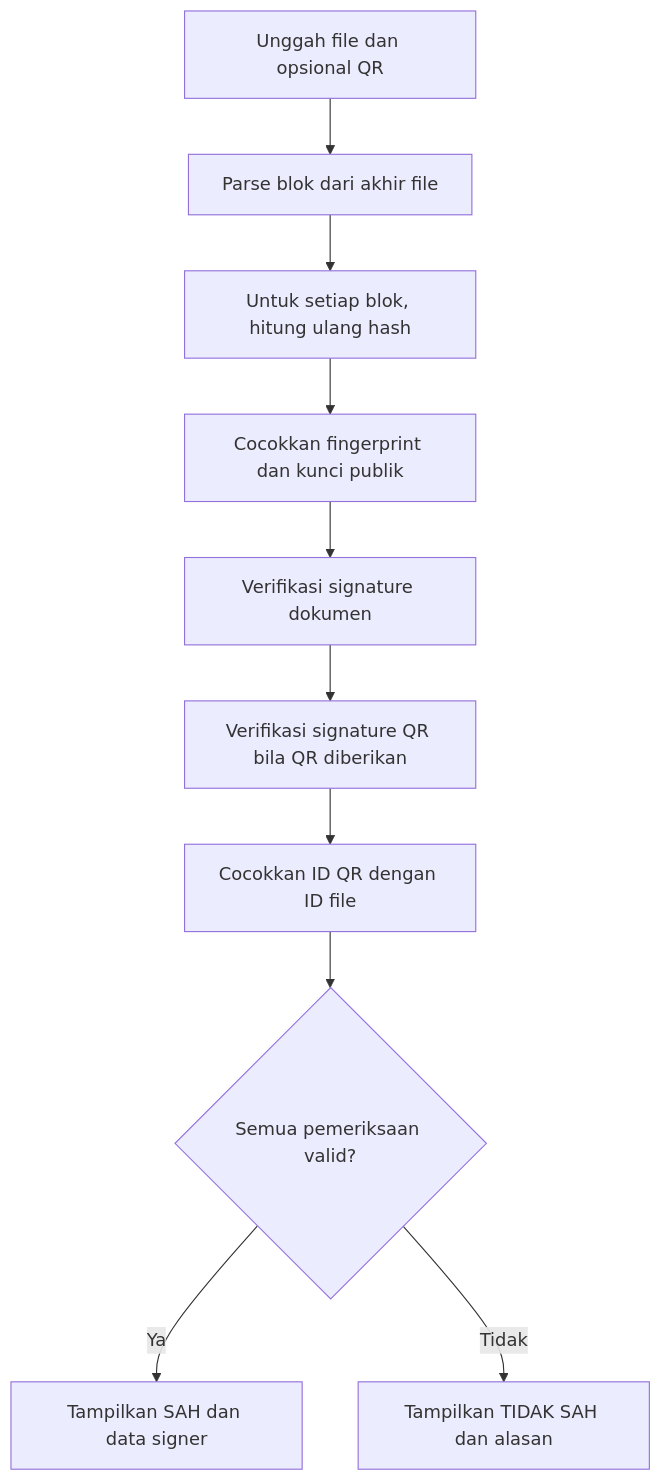
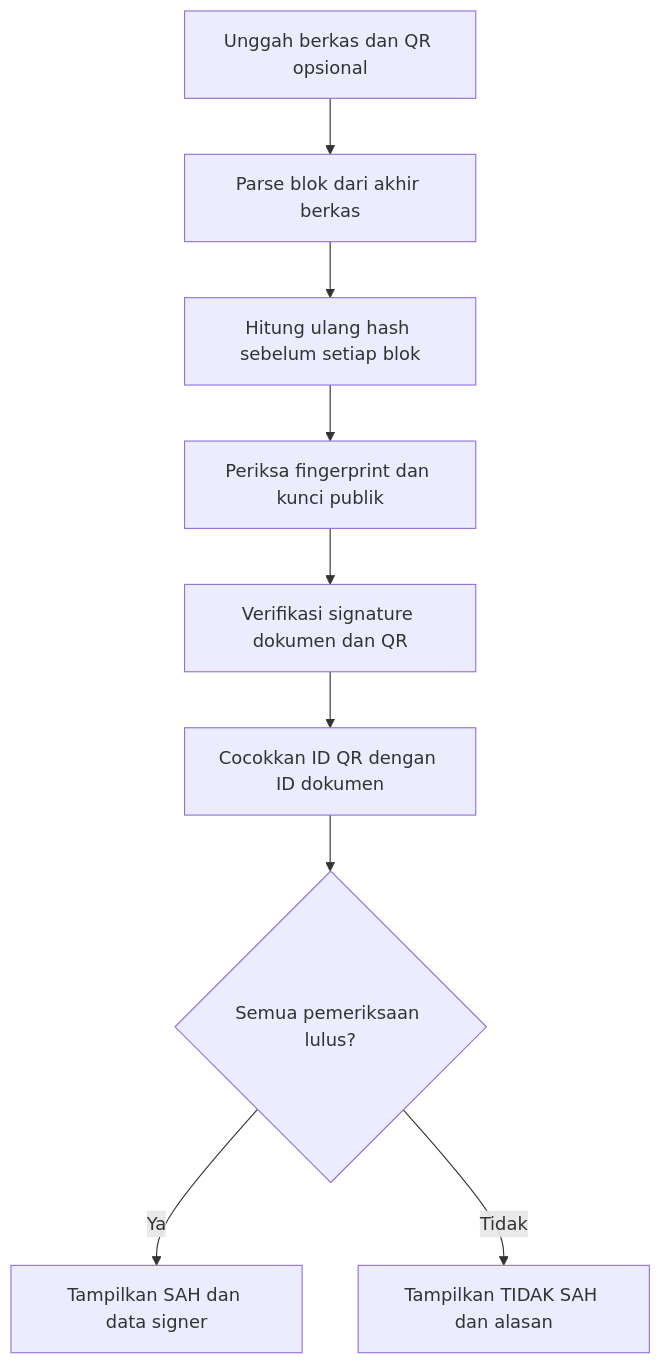
One commit to RistinAndini78/signify-project changed the third of 3 diagrams in laporan/laporan-lengkap.md. Above: the diagram before and after it, drawn with Mermaid. The commit also changed other lines of this file and 5 other files, not shown here.

````diff
--- a/laporan/laporan-lengkap.md
+++ b/laporan/laporan-lengkap.md
@@ -192,12 +197,11 @@
 ```mermaid
 flowchart TD
-    A[Unggah file dan opsional QR] --> B[Parse blok dari akhir file]
-    B --> C[Untuk setiap blok, hitung ulang hash]
-    C --> D[Cocokkan fingerprint dan kunci publik]
-    D --> E[Verifikasi signature dokumen]
-    E --> F[Verifikasi signature QR bila QR diberikan]
-    F --> G[Cocokkan ID QR dengan ID file]
-    G --> H{Semua pemeriksaan valid?}
-    H -- Ya --> I[Tampilkan SAH dan data signer]
-    H -- Tidak --> J[Tampilkan TIDAK SAH dan alasan]
+    A[Unggah berkas dan QR opsional] --> B[Parse blok dari akhir berkas]
+    B --> C[Hitung ulang hash sebelum setiap blok]
+    C --> D[Periksa fingerprint dan kunci publik]
+    D --> E[Verifikasi signature dokumen dan QR]
+    E --> F[Cocokkan ID QR dengan ID dokumen]
+    F --> G{Semua pemeriksaan lulus?}
+    G -- Ya --> H[Tampilkan SAH dan data signer]
+    G -- Tidak --> I[Tampilkan TIDAK SAH dan alasan]
 ```
````
